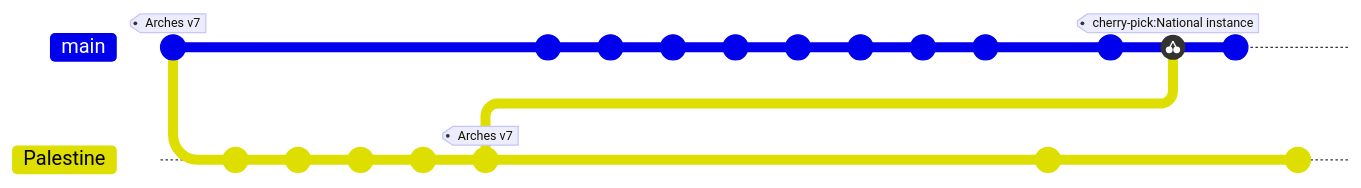
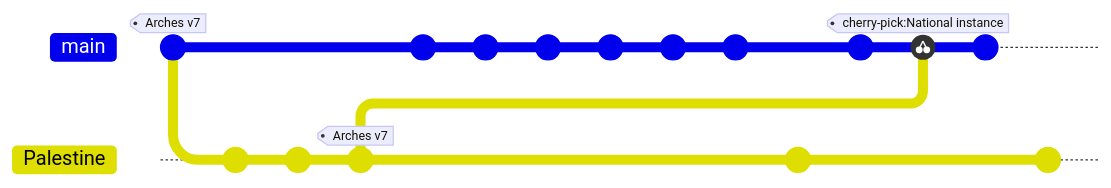
Before and after one commit to eamena-project/eamena-arches-dev: the first of 3 diagrams in dev/README.md, drawn with Mermaid. Commit ids are hidden.

````diff
--- a/dev/README.md
+++ b/dev/README.md
@@ -5,27 +5,23 @@
 ```mermaid
 gitGraph
        commit  tag: "Arches v7"
        branch Palestine
        commit
        commit
-       commit
-       commit
        commit id:"National instance"  tag: "Arches v7"
        checkout main
-       commit
-       commit
        commit
        commit
        commit
        commit
        commit
        commit
        checkout Palestine
        commit
        checkout main
        commit
        cherry-pick id:"National instance"
        commit
        checkout Palestine
        commit
 ```
````
